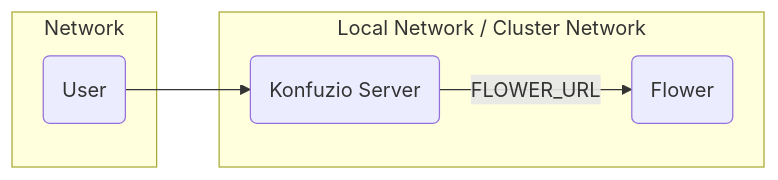
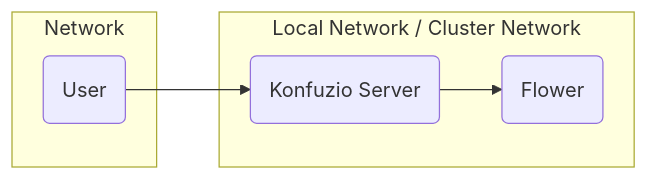
One commit to konfuzio-ai/konfuzio-sdk changed the first of 2 diagrams in docs/web/on_premises.md. Above: the diagram before and after it, drawn with Mermaid. The commit also changed other lines of this file, not shown here.

````diff
--- a/docs/web/on_premises.md
+++ b/docs/web/on_premises.md
@@ -335,10 +335,10 @@
 ```mermaid
 graph LR
 subgraph Network
-a
+a("User")
 end
 subgraph Local Network / Cluster Network
-a("User") --> e
-e("Konfuzio Server") -- FLOWER_URL --> f("Flower")
+a("User") --> e("Konfuzio Server")
+e("Konfuzio Server") --> f("Flower")
 end
 ```
````
